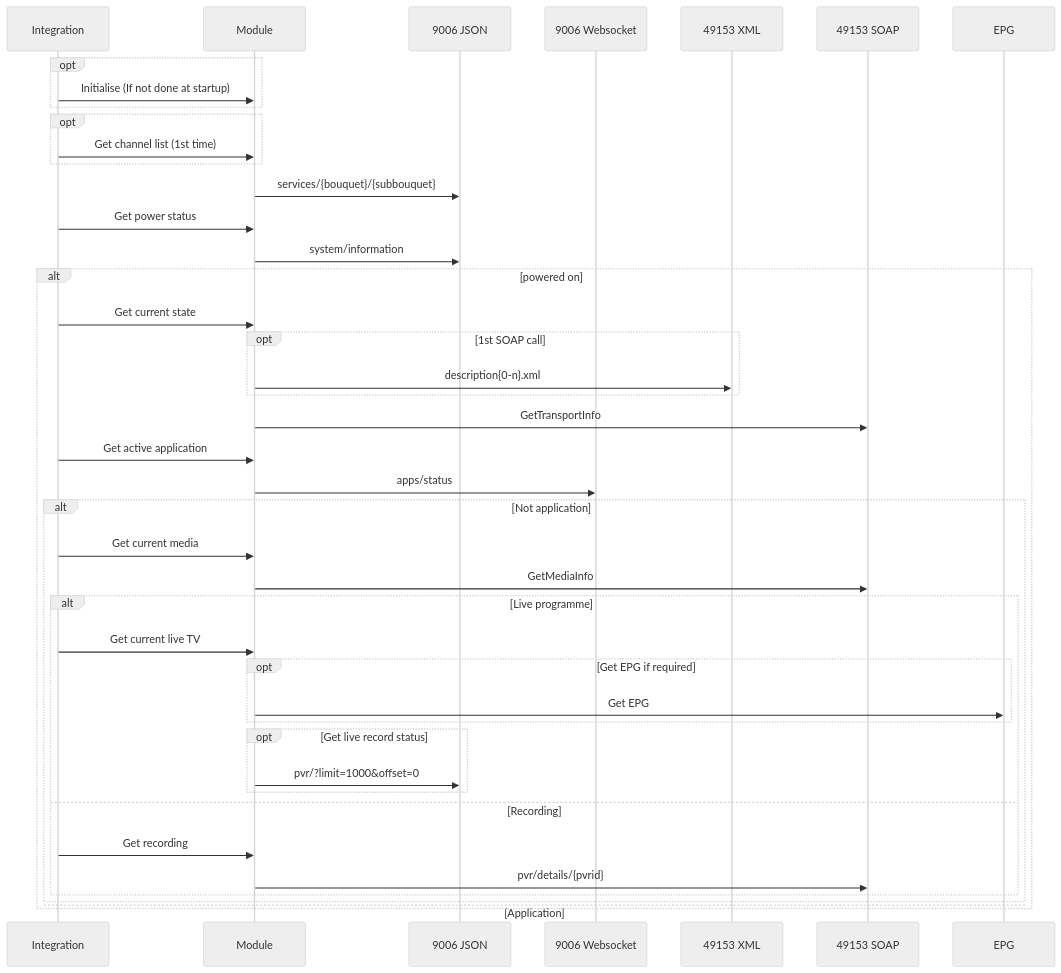
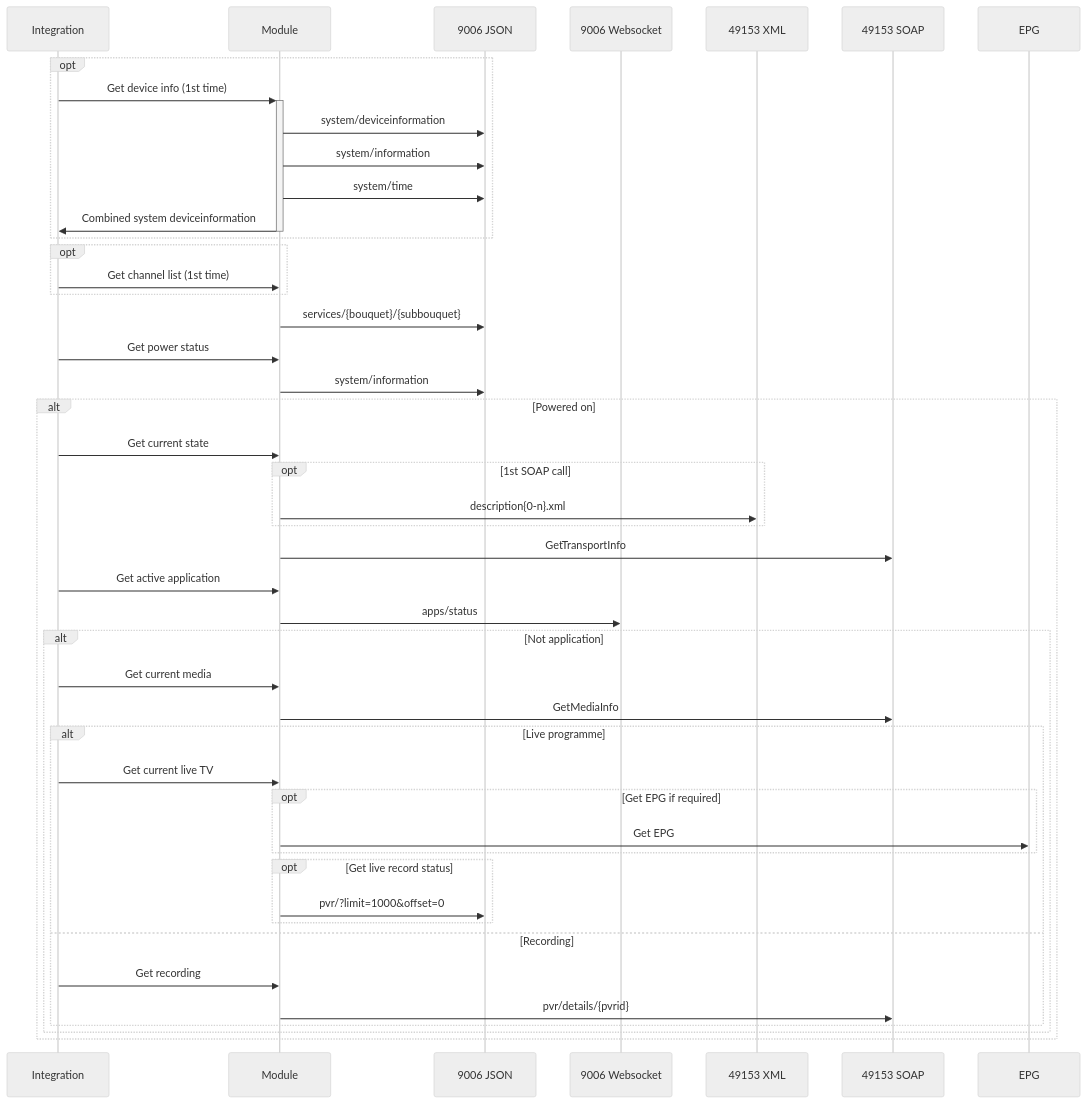
One commit to RogerSelwyn/test-mermaid changed the second of 2 diagrams in flowchart/README.md. Above: the diagram before and after it, drawn with Mermaid (neutral theme). The commit also changed other lines of this file, not shown here.

````diff
--- a/flowchart/README.md
+++ b/flowchart/README.md
@@ -18,46 +19,49 @@
 ```mermaid
 sequenceDiagram
 participant I as Integration
 participant M as Module
 participant J as 9006 JSON
 participant W as 9006 Websocket
 participant X as 49153 XML
 participant S as 49153 SOAP
 participant W as 9006 Websocket
 participant E as EPG
 opt
-  I->>M: Initialise (If not done at startup)
+  I->>+M: Get device info (1st time)
+  M->>J: system/deviceinformation
+  M->>J: system/information
+  M->>J: system/time
+  M->>-I: Combined system deviceinformation
 end
 opt
   I->>M: Get channel list (1st time)
 end
 M->>J: services/{bouquet}/{subbouquet}
 I->>M: Get power status
 M->>J: system/information
-alt powered on
+alt Powered on
   I->>M: Get current state
   opt 1st SOAP call
     M->>X: description{0-n}.xml
   end
   M->>S: GetTransportInfo
   I->>M: Get active application
   M->>W: apps/status
   alt Not application
     I->>M: Get current media
     M->>S: GetMediaInfo
     alt Live programme
       I->>M: Get current live TV
       opt Get EPG if required
         M->>E: Get EPG
       end
       opt Get live record status
         M->>J: pvr/?limit=1000&offset=0
       end
     else Recording
       I->>M: Get recording
       M->>S: pvr/details/{pvrid}
     end
-  else Application
   end
 end
 ```
````
